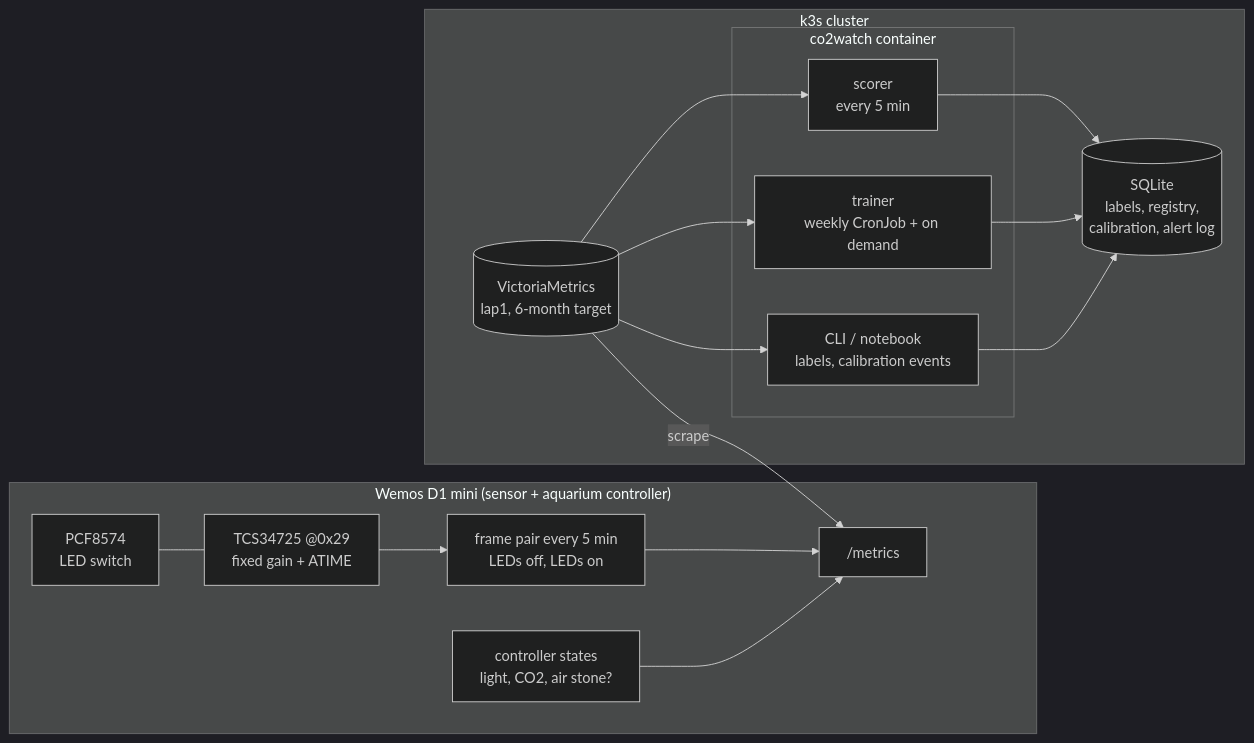
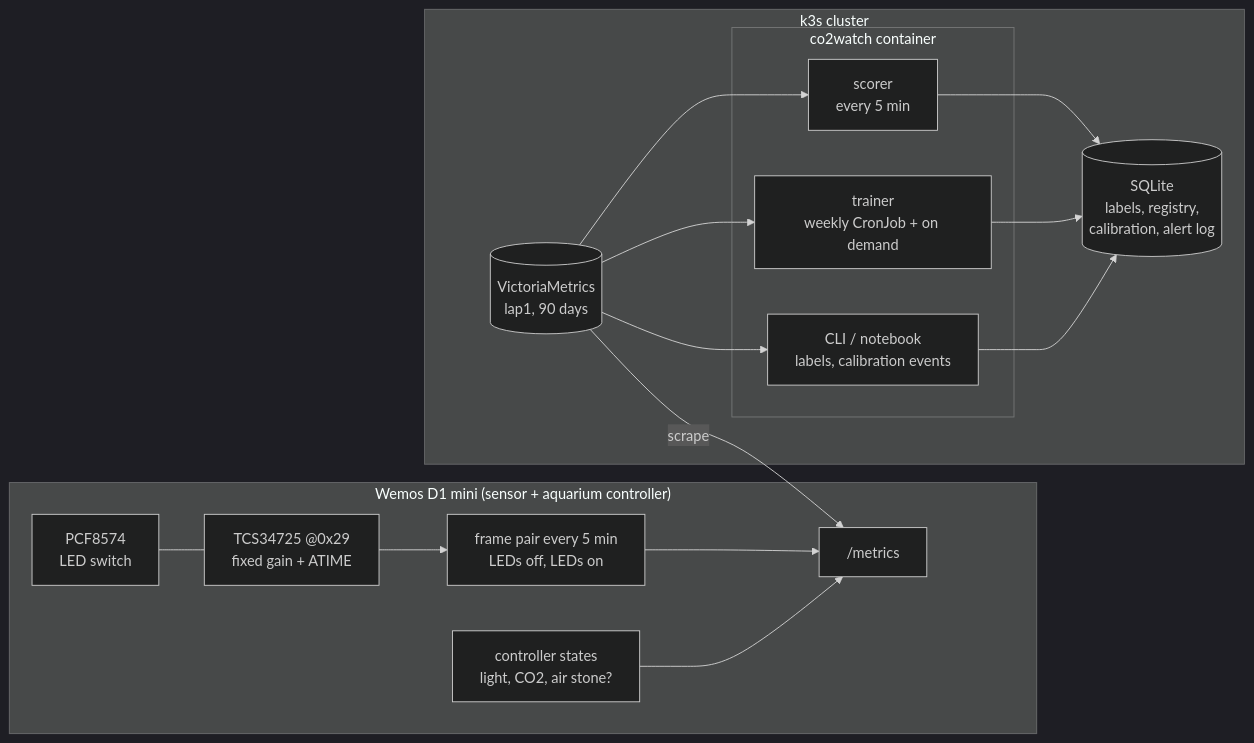
One commit to Justleen/co2_rgbsensor_reading changed the diagram in docs/design.md. Above: the diagram before and after it, drawn with Mermaid (dark theme). The commit also changed other lines of this file and 1 other file, not shown here.

First line of the commit message:
Bring the long-term store into main; VM retention stays at 90 days

````diff
--- a/docs/design.md
+++ b/docs/design.md
@@ -29,26 +29,26 @@
 ```mermaid
 flowchart LR
   subgraph D1["Wemos D1 mini (sensor + aquarium controller)"]
     PCF[PCF8574<br/>LED switch] --- TCS[TCS34725 @0x29<br/>fixed gain + ATIME]
     TCS --> FR[frame pair every 5 min<br/>LEDs off, LEDs on]
     CTRL[controller states<br/>light, CO2, air stone?]
     FR --> MET["/metrics"]
     CTRL --> MET
   end
 
   subgraph K3S["k3s cluster"]
-    VM[(VictoriaMetrics<br/>lap1, 6-month target)]
+    VM[(VictoriaMetrics<br/>lap1, 90 days)]
     subgraph ML["co2watch container"]
       SC[scorer<br/>every 5 min]
       TR[trainer<br/>weekly CronJob + on demand]
       CLI[CLI / notebook<br/>labels, calibration events]
     end
     SQL[(SQLite<br/>labels, registry,<br/>calibration, alert log)]
   end
 
   VM -- scrape --> MET
   VM --> SC --> SQL
   VM --> TR --> SQL
   CLI --> SQL
   VM --> CLI
 ```
````
